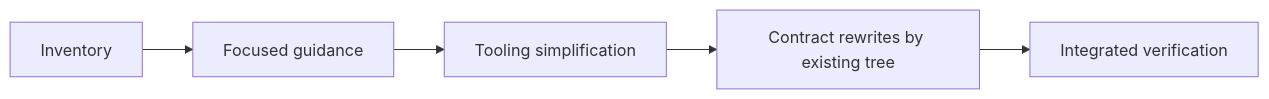
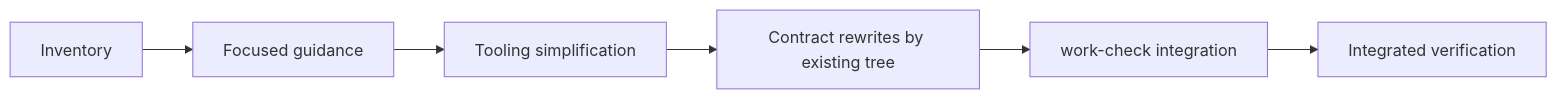
Before and after one commit to msitarz/ataraxia: the diagram in doc/feat/work-contract-migration/README.md, drawn with Mermaid. The commit also changed other lines of this file and 4 other files, not shown here.

Commit message:
docs(work): tooling retire ac-check AC

````diff
--- a/doc/feat/work-contract-migration/README.md
+++ b/doc/feat/work-contract-migration/README.md
@@ -45,7 +47,8 @@
 ```mermaid
 flowchart LR
     I[Inventory] --> G[Focused guidance]
     G --> T[Tooling simplification]
     T --> C[Contract rewrites by existing tree]
-    C --> V[Integrated verification]
+    C --> W[work-check integration]
+    W --> V[Integrated verification]
 ```
````
